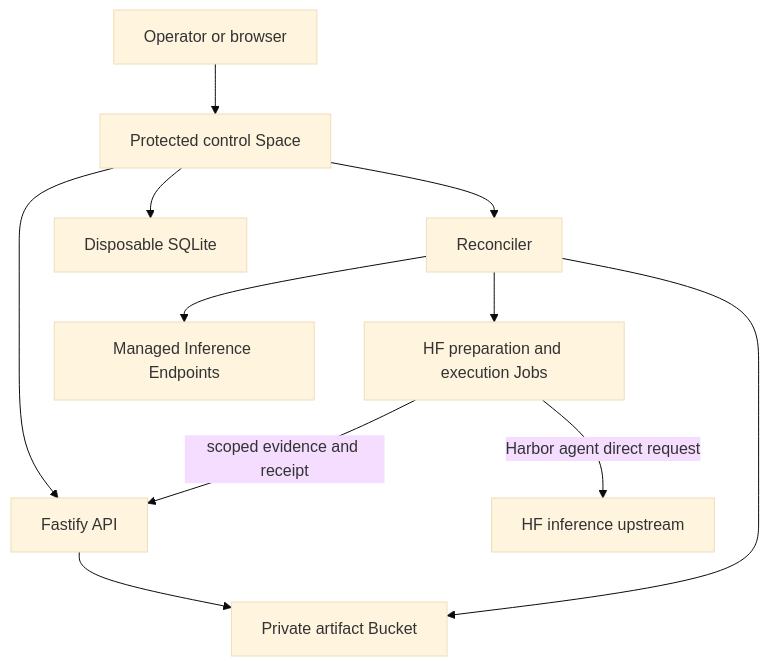
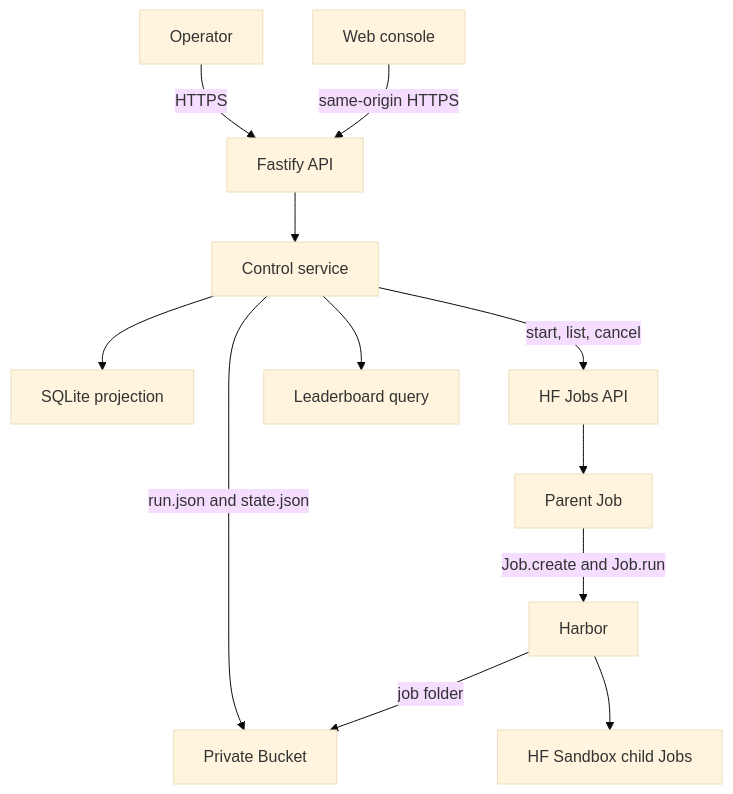
The diagram in docs/architecture.md (huggingface/harbor-hf), drawn with Mermaid (base theme) before and after one commit. The commit also changed other lines of this file and 515 other files, not shown here.

Commit message:
feat: simplify execution around Harbor parent jobs

````diff
--- a/docs/architecture.md
+++ b/docs/architecture.md
@@ -18,13 +39,14 @@
 ```mermaid
-flowchart TB
-    U[Operator or browser] --> S[Protected control Space]
-    S --> API[Fastify API]
-    S --> R[Reconciler]
-    S --> DB[Disposable SQLite]
-    API --> B[Private artifact Bucket]
-    R --> B
-    R --> J[HF preparation and execution Jobs]
-    R --> E[Managed Inference Endpoints]
-    J -->|Harbor agent direct request| P[HF inference upstream]
-    J -->|scoped evidence and receipt| API
+flowchart TD
+    O[Operator] -->|HTTPS| API[Fastify API]
+    W[Web console] -->|same-origin HTTPS| API
+    API --> CS[Control service]
+    CS -->|run.json and state.json| B[Private Bucket]
+    CS --> DB[SQLite projection]
+    CS -->|start, list, cancel| HF[HF Jobs API]
+    HF --> P[Parent Job]
+    P -->|Job.create and Job.run| H[Harbor]
+    H --> C[HF Sandbox child Jobs]
+    H -->|job folder| B
+    CS --> L[Leaderboard query]
 ```
````
